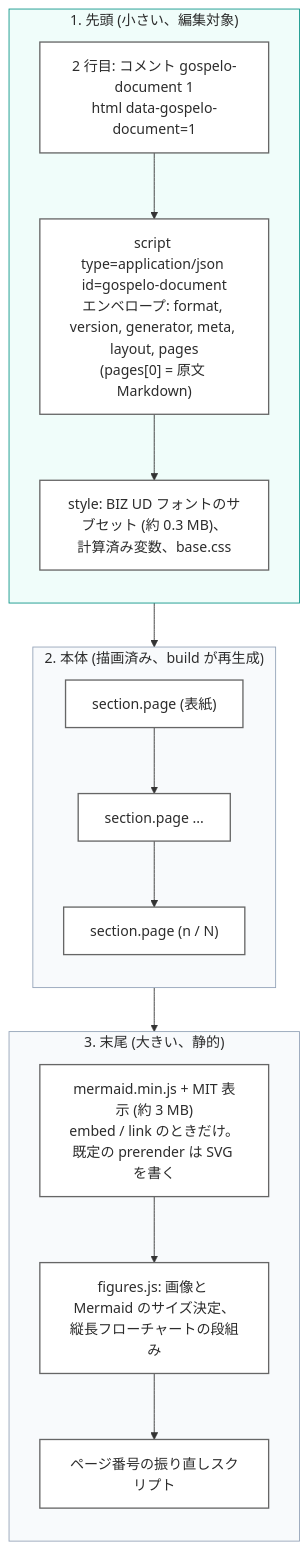
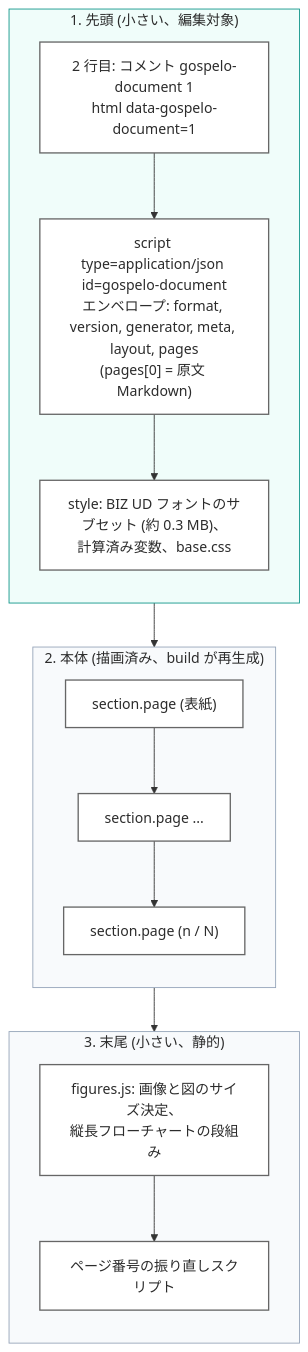
One commit to gospelo-dev/md2html changed the first of 5 diagrams in docs/ARCHITECTURE_ja.md. Above: the diagram before and after it, drawn with Mermaid. The commit also changed other lines of this file and 92 other files, not shown here.

````diff
--- a/docs/ARCHITECTURE_ja.md
+++ b/docs/ARCHITECTURE_ja.md
@@ -21,31 +21,30 @@
 ```mermaid
 flowchart TB
     subgraph Head["1. 先頭 (小さい、編集対象)"]
         direction TB
         SIG["2 行目: コメント gospelo-document 1<br/>html data-gospelo-document=1"]
         ENV["script type=application/json id=gospelo-document<br/>エンベロープ: format, version, generator, meta, layout, pages<br/>(pages[0] = 原文 Markdown)"]
         S["style: BIZ UD フォントのサブセット (約 0.3 MB)、<br/>計算済み変数、base.css"]
         SIG --> ENV --> S
     end
     subgraph Body["2. 本体 (描画済み、build が再生成)"]
         direction TB
         P1["section.page (表紙)"]
         P2["section.page ..."]
         Pn["section.page (n / N)"]
         P1 --> P2 --> Pn
     end
-    subgraph Tail["3. 末尾 (大きい、静的)"]
+    subgraph Tail["3. 末尾 (小さい、静的)"]
         direction TB
-        MJ["mermaid.min.js + MIT 表示 (約 3 MB)<br/>embed / link のときだけ。既定の prerender は SVG を書く"]
-        F["figures.js: 画像と Mermaid のサイズ決定、<br/>縦長フローチャートの段組み"]
+        F["figures.js: 画像と図のサイズ決定、<br/>縦長フローチャートの段組み"]
         N["ページ番号の振り直しスクリプト"]
-        MJ --> F --> N
+        F --> N
     end
     Head --> Body --> Tail
 
     classDef node fill:#FFFFFF,stroke:#666666,stroke-width:1.5px,color:#2C2C2C
-    class SIG,ENV,S,P1,P2,Pn,F,N,MJ node
+    class SIG,ENV,S,P1,P2,Pn,F,N node
     style Head fill:#F0FDFA,stroke:#0D9488,color:#2C2C2C
     style Body fill:#F8FAFC,stroke:#94A3B8,color:#2C2C2C
     style Tail fill:#F8FAFC,stroke:#94A3B8,color:#2C2C2C
 ```
````
